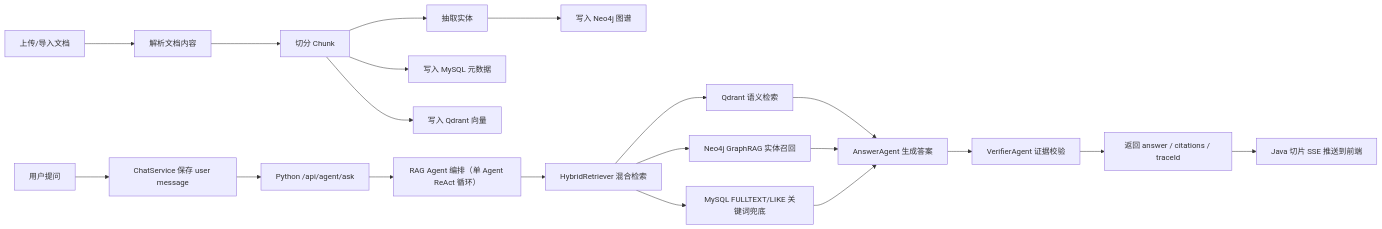
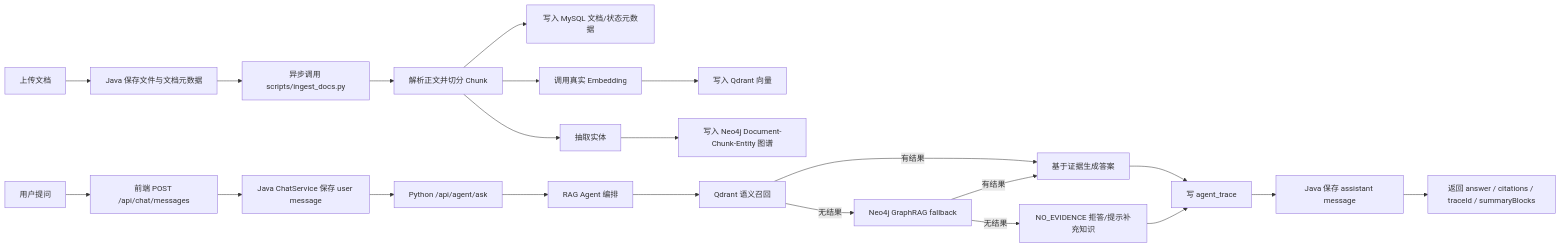
The first of 3 diagrams in docs/BUSINESS_FLOW.md (CarlosYonng/ai-agent-portfolio), drawn with Mermaid before and after one commit. The commit also changed other lines of this file and 9 other files, not shown here.

````diff
--- a/docs/BUSINESS_FLOW.md
+++ b/docs/BUSINESS_FLOW.md
@@ -20,22 +22,25 @@
 ```mermaid
 flowchart LR
-    A["上传/导入文档"] --> B["解析文档内容"]
-    B --> C["切分 Chunk"]
-    C --> D["抽取实体"]
-    C --> E["写入 MySQL 元数据"]
-    C --> F["写入 Qdrant 向量"]
-    D --> G["写入 Neo4j 图谱"]
-    H["用户提问"] --> I["ChatService 保存 user message"]
-    I --> J["Python /api/agent/ask"]
-    J --> K["RAG Agent 编排（单 Agent ReAct 循环）"]
-    K --> L["HybridRetriever 混合检索"]
-    L --> M["Qdrant 语义检索"]
-    L --> N["Neo4j GraphRAG 实体召回"]
-    L --> O["MySQL FULLTEXT/LIKE 关键词兜底"]
-    M --> P["AnswerAgent 生成答案"]
-    N --> P
-    O --> P
-    P --> Q["VerifierAgent 证据校验"]
-    Q --> R["返回 answer / citations / traceId"]
-    R --> S["Java 切片 SSE 推送到前端"]
+    A["上传文档"] --> B["Java 保存文件与文档元数据"]
+    B --> C["异步调用 scripts/ingest_docs.py"]
+    C --> D["解析正文并切分 Chunk"]
+    D --> E["写入 MySQL 文档/状态元数据"]
+    D --> F["调用真实 Embedding"]
+    F --> G["写入 Qdrant 向量"]
+    D --> H["抽取实体"]
+    H --> I["写入 Neo4j Document-Chunk-Entity 图谱"]
+
+    J["用户提问"] --> K["前端 POST /api/chat/messages"]
+    K --> L["Java ChatService 保存 user message"]
+    L --> M["Python /api/agent/ask"]
+    M --> N["RAG Agent 编排"]
+    N --> O["Qdrant 语义召回"]
+    O -->|有结果| P["基于证据生成答案"]
+    O -->|无结果| Q["Neo4j GraphRAG fallback"]
+    Q -->|有结果| P
+    Q -->|无结果| R["NO_EVIDENCE 拒答/提示补充知识"]
+    P --> S["写 agent_trace"]
+    R --> S
+    S --> T["Java 保存 assistant message"]
+    T --> U["返回 answer / citations / traceId / summaryBlocks"]
 ```
````
